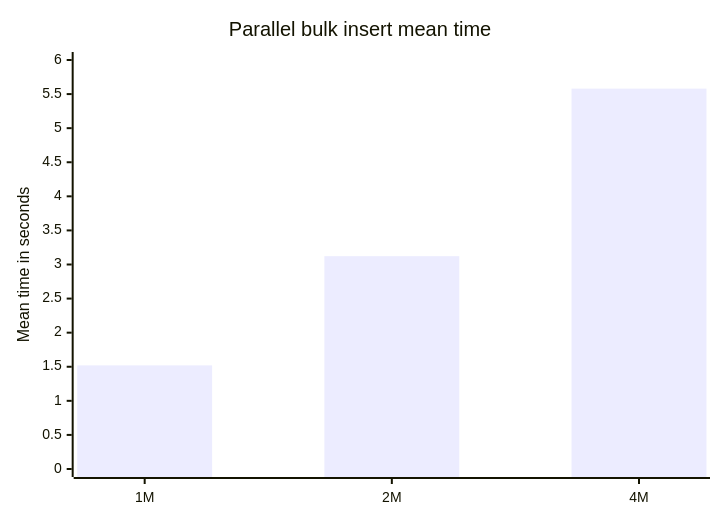
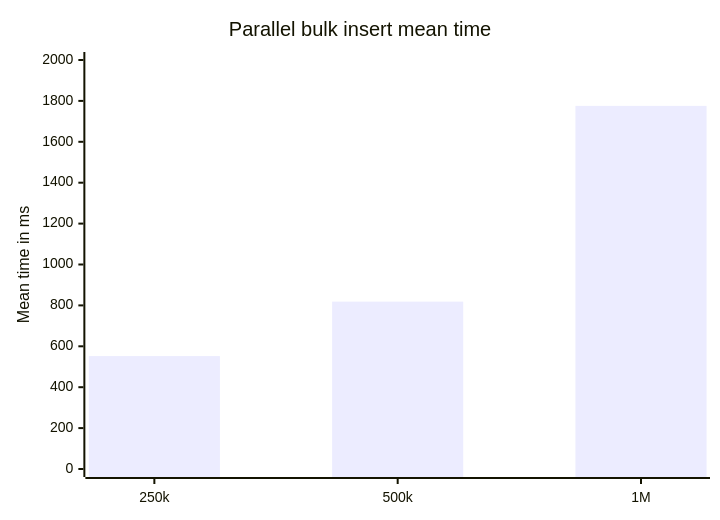
One commit to SolidArcSoftware/DataArc.EntityFrameworkCore changed the fourth of 6 diagrams in README.md. Above: the diagram before and after it, drawn with Mermaid. The commit also changed other lines of this file, not shown here.

````diff
--- a/README.md
+++ b/README.md
@@ -408,7 +573,7 @@
 ```mermaid
 xychart-beta
     title "Parallel bulk insert mean time"
-    x-axis ["1M", "2M", "4M"]
-    y-axis "Mean time in seconds" 0 --> 6
-    bar [1.520, 3.122, 5.580]
+    x-axis ["250k", "500k", "1M"]
+    y-axis "Mean time in ms" 0 --> 2000
+    bar [552.2, 818.4, 1775.7]
 ```
````
